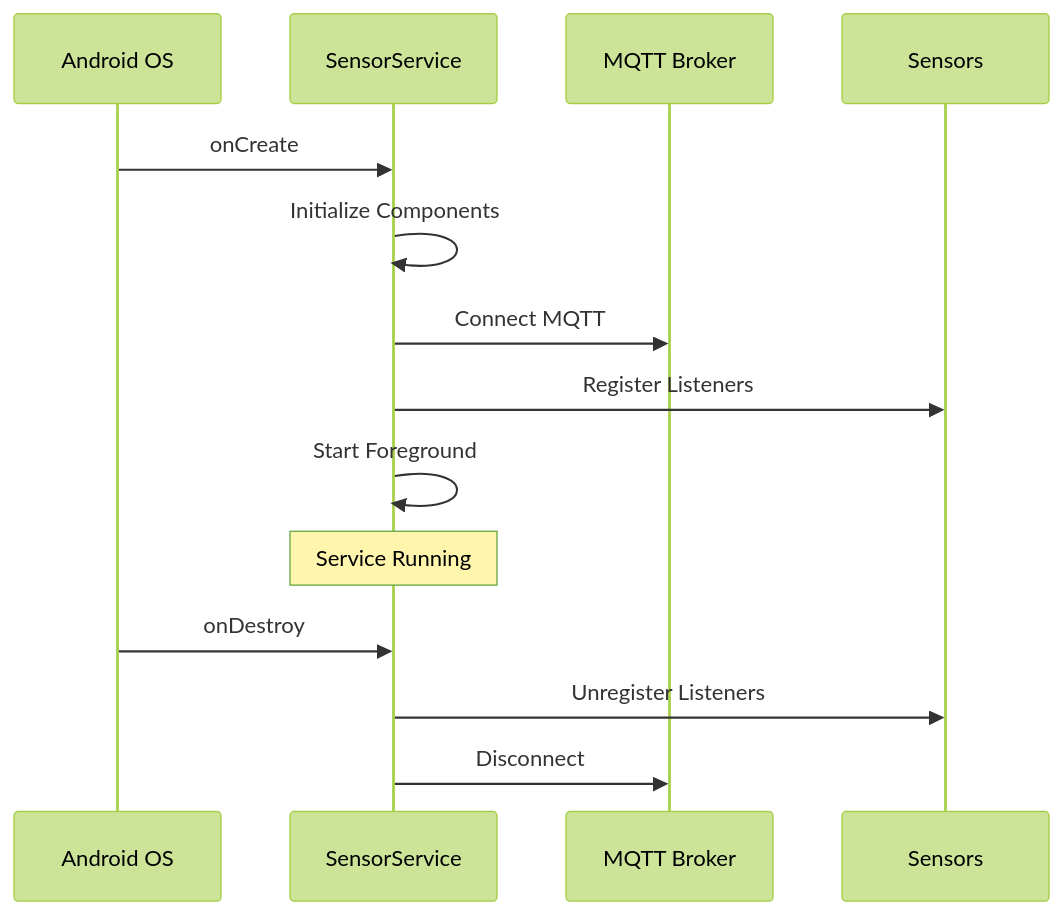
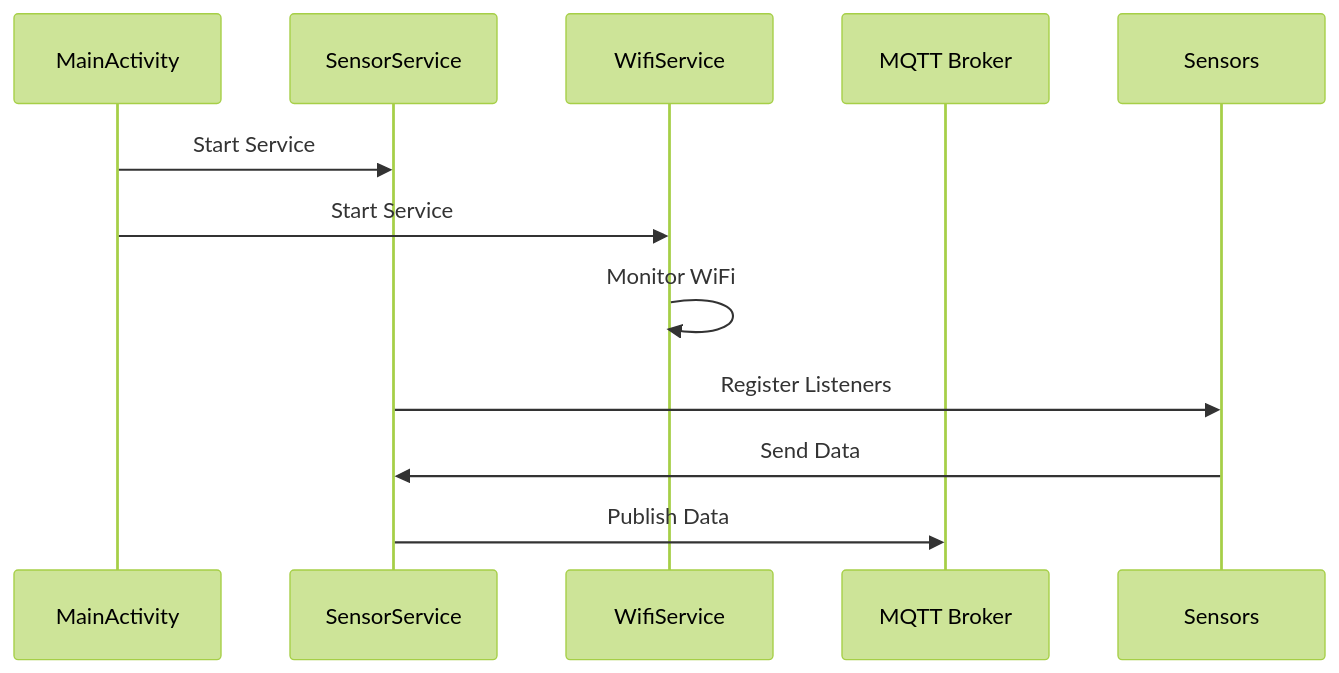
One commit to rcznp/test_doc_2 changed the second of 3 diagrams in AppArchitecture.md. Above: the diagram before and after it, drawn with Mermaid (forest theme). The commit also changed other lines of this file, not shown here.

````diff
--- a/AppArchitecture.md
+++ b/AppArchitecture.md
@@ -95,17 +63,15 @@
 ```mermaid
 sequenceDiagram
-    participant OS as Android OS
+    participant MA as MainActivity
     participant SS as SensorService
+    participant WS as WifiService
     participant MQTT as MQTT Broker
     participant S as Sensors
 
-    OS->>SS: onCreate
-    SS->>SS: Initialize Components
-    SS->>MQTT: Connect MQTT
+    MA->>SS: Start Service
+    MA->>WS: Start Service
+    WS->>WS: Monitor WiFi
     SS->>S: Register Listeners
-    SS->>SS: Start Foreground
-    Note over SS: Service Running
-    OS->>SS: onDestroy
-    SS->>S: Unregister Listeners
-    SS->>MQTT: Disconnect
+    S->>SS: Send Data
+    SS->>MQTT: Publish Data
 ```
````
